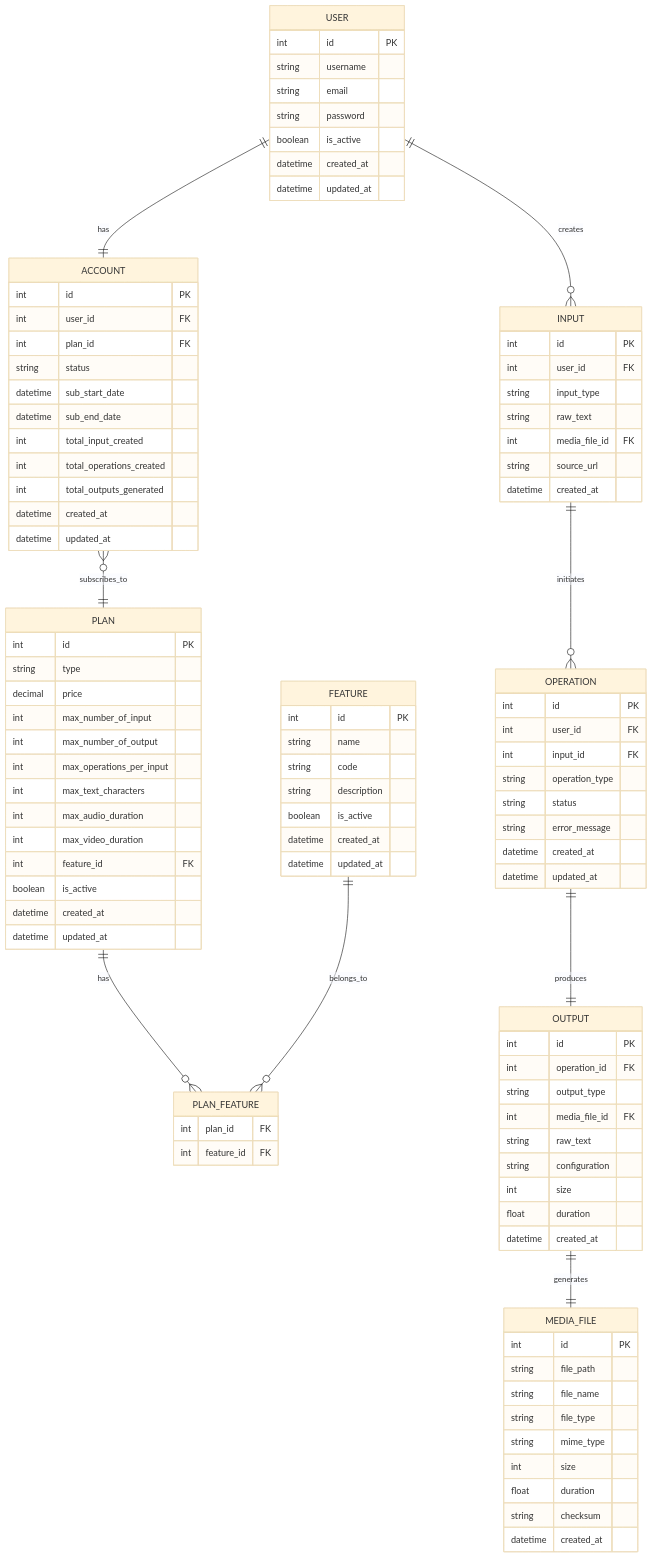
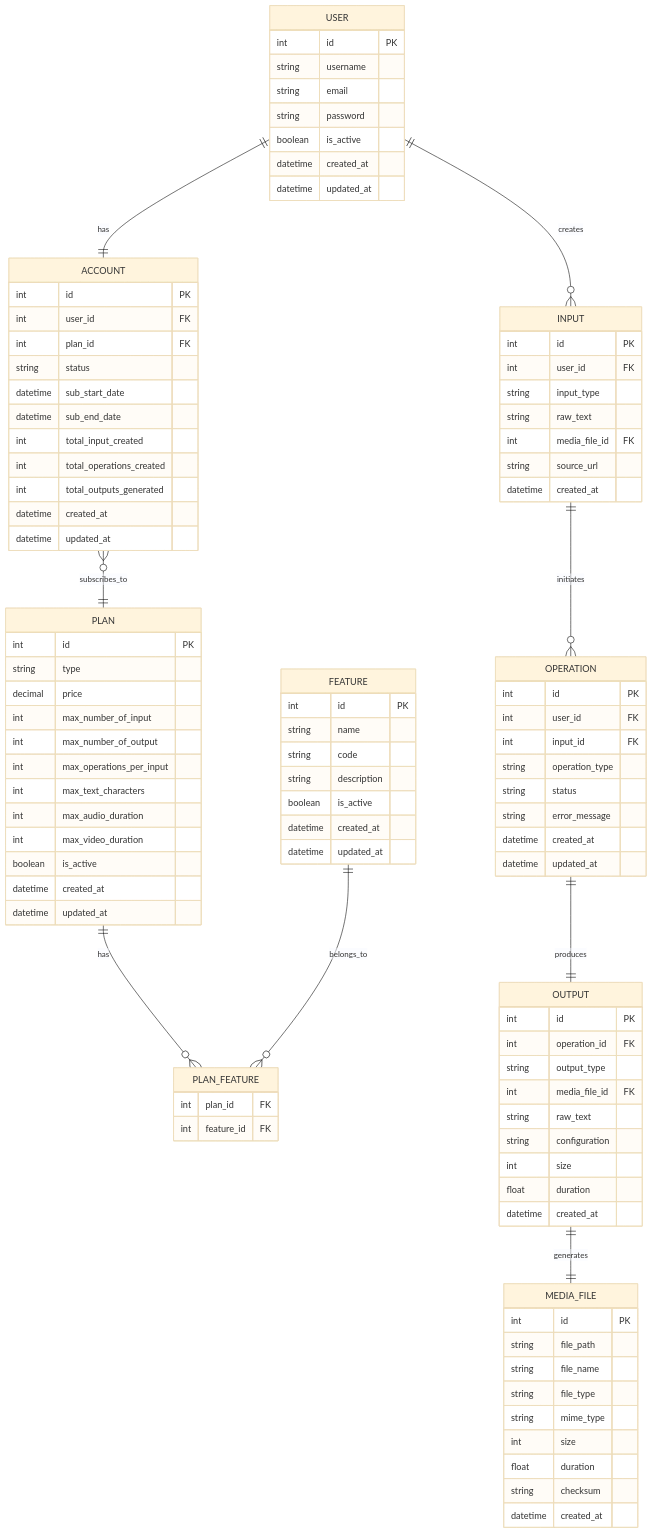
One commit to NelMatrix743/text-speaker-io changed the diagram in ERD.md. Above: the diagram before and after it, drawn with Mermaid (base theme).

Commit message:
refactor: remove foreign key field from Plan entity

```diff
--- a/ERD.md
+++ b/ERD.md
@@ -35,7 +35,6 @@
         int max_text_characters
         int max_audio_duration
         int max_video_duration
-        int feature_id FK
         boolean is_active
         datetime created_at
         datetime updated_at
```
